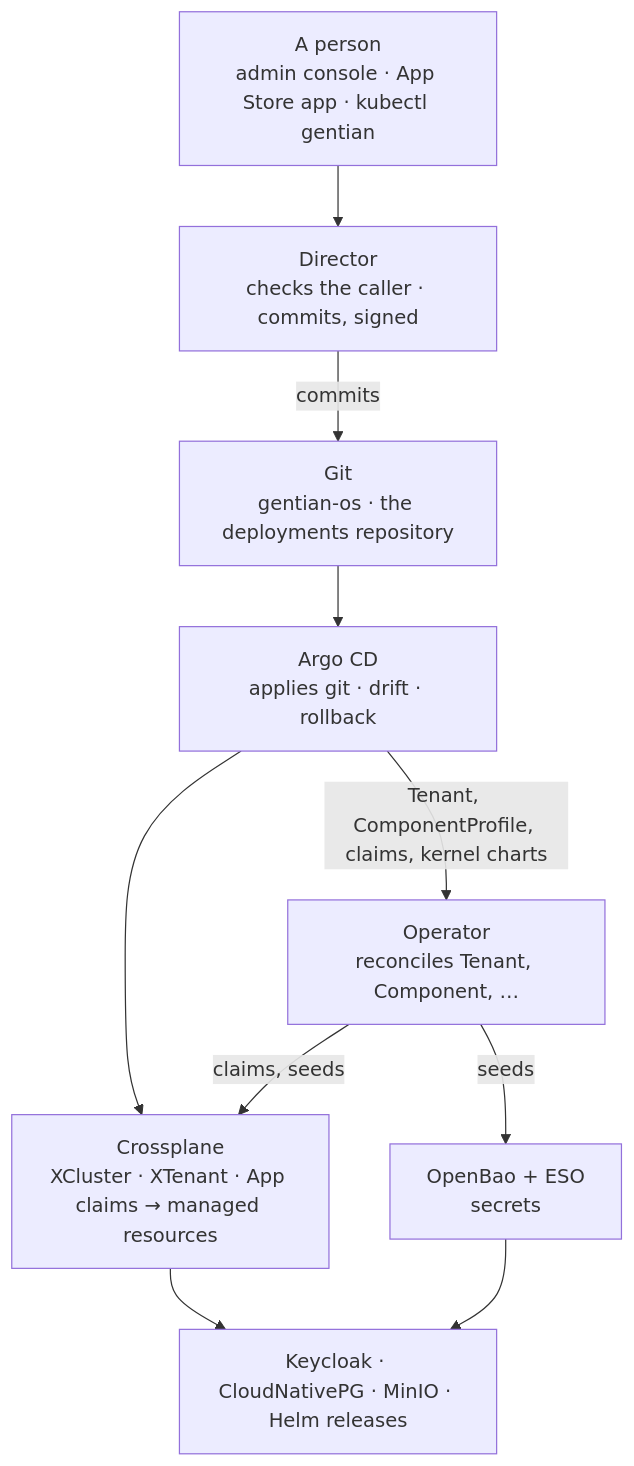
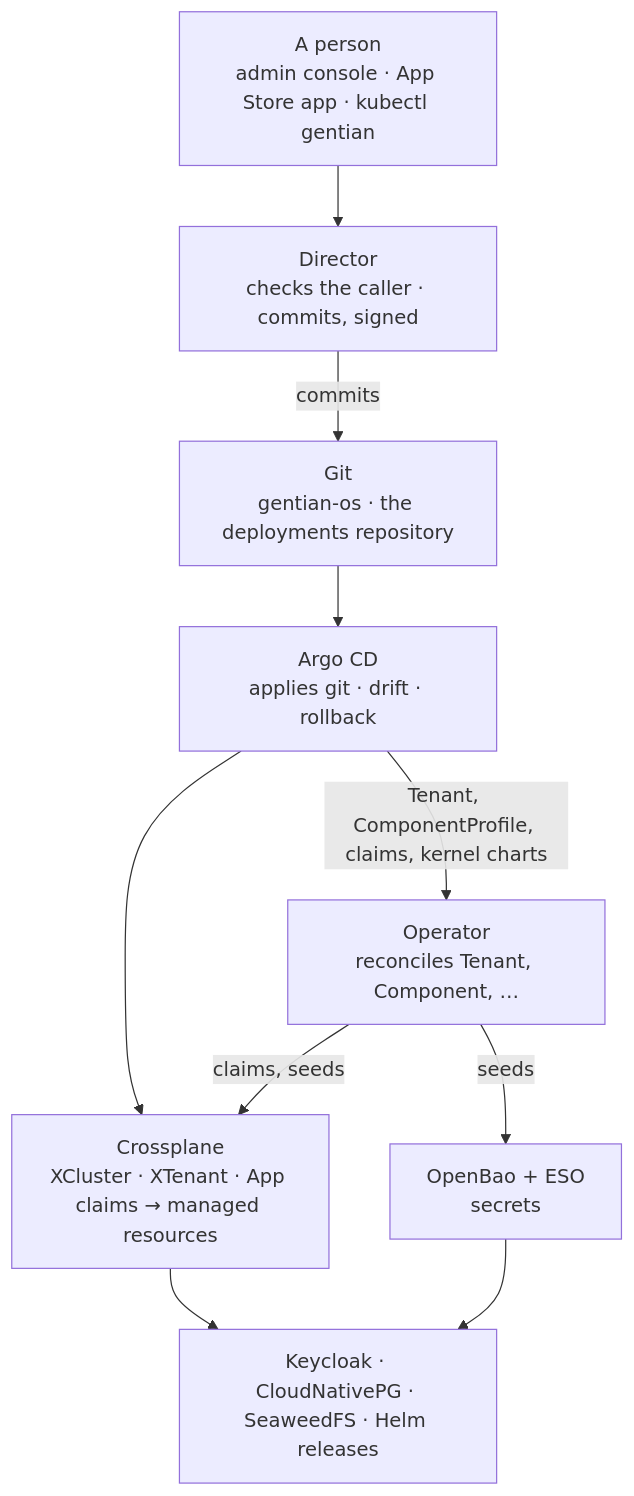
The first of 2 diagrams in docs/architecture.md (gentian-org/gentian-os), drawn with Mermaid before and after one commit. The commit also changed other lines of this file and 13 other files, not shown here.

First line of the commit message:
The documents say SeaweedFS and rclone where they said MinIO and mc

````diff
--- a/docs/architecture.md
+++ b/docs/architecture.md
@@ -59,21 +59,21 @@
 ```mermaid
 graph TD
     P[A person<br/>admin console · App Store app · kubectl gentian]
     DIR[Director<br/>checks the caller · commits, signed]
     GIT[Git<br/>gentian-os · the deployments repository]
     AC[Argo CD<br/>applies git · drift · rollback]
     OP[Operator<br/>reconciles Tenant, Component, …]
     XP[Crossplane<br/>XCluster · XTenant · App claims → managed resources]
     OB[OpenBao + ESO<br/>secrets]
-    UP[Keycloak · CloudNativePG · MinIO · Helm releases]
+    UP[Keycloak · CloudNativePG · SeaweedFS · Helm releases]
 
     P --> DIR
     DIR -- commits --> GIT
     GIT --> AC
     AC -- Tenant, ComponentProfile, claims, kernel charts --> OP
     AC --> XP
     OP -- claims, seeds --> XP
     OP -- seeds --> OB
     XP --> UP
     OB --> UP
 ```
````
